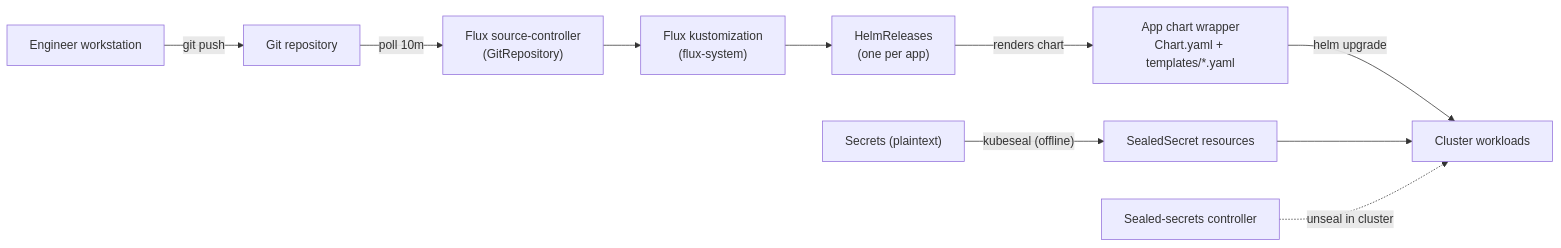
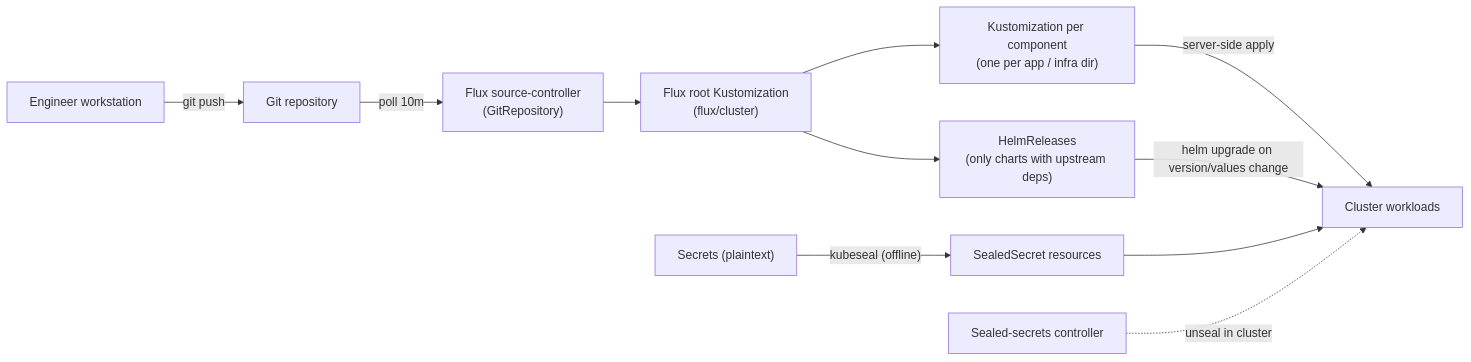
Before and after one commit to member87/home-ops: the first of 3 diagrams in docs/gitops-flow.md, drawn with Mermaid. The commit also changed other lines of this file and 160 other files, not shown here.

First line of the commit message:
refactor(flux): per-component Kustomizations instead of per-app wrapper charts (#297)

````diff
--- a/docs/gitops-flow.md
+++ b/docs/gitops-flow.md
@@ -7,13 +7,14 @@
 ```mermaid
 flowchart LR
     DEV["Engineer workstation"] -->|"git push"| REPO["Git repository"]
     REPO -->|"poll 10m"| SC["Flux source-controller<br/>(GitRepository)"]
-    SC --> KC["Flux kustomization<br/>(flux-system)"]
-    KC --> HR["HelmReleases<br/>(one per app)"]
-    HR -->|"renders chart"| CH["App chart wrapper<br/>Chart.yaml + templates/*.yaml"]
-    CH -->|"helm upgrade"| K8S["Cluster workloads"]
+    SC --> KC["Flux root Kustomization<br/>(flux/cluster)"]
+    KC --> KS["Kustomization per component<br/>(one per app / infra dir)"]
+    KS -->|"server-side apply"| K8S["Cluster workloads"]
+    KC --> HR["HelmReleases<br/>(only charts with upstream deps)"]
+    HR -->|"helm upgrade on version/values change"| K8S
 
     SEC["Secrets (plaintext)"] -->|"kubeseal (offline)"| SSEAL["SealedSecret resources"]
     SSEAL --> K8S
     SSC["Sealed-secrets controller"] -.->|"unseal in cluster"| K8S
 ```
````
